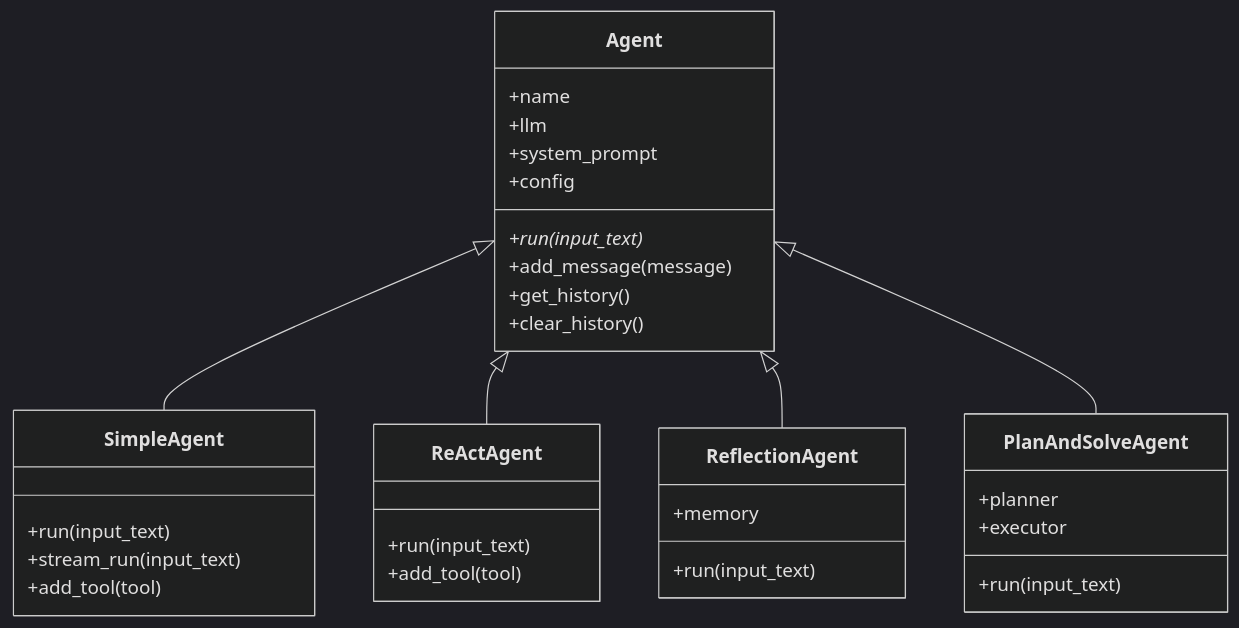
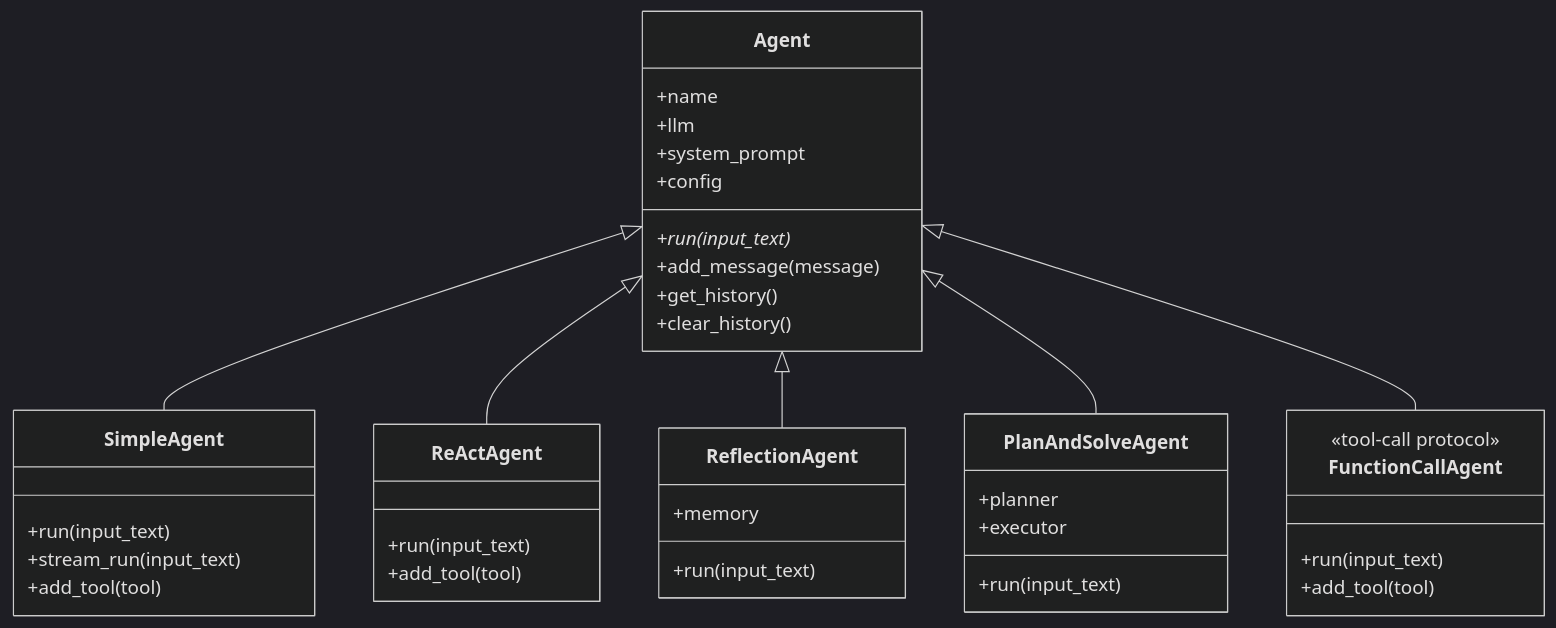
One commit to Garden12138/notes changed the fifth of 10 diagrams in ai/book_note/Hello-Agents/Build Your Agent Framework.md. Above: the diagram before and after it, drawn with Mermaid (dark theme). The commit also changed other lines of this file and 4 other files, not shown here.

Commit message:
Add FunctionCallAgent support and document tool calling

````diff
--- a/ai/book_note/Hello-Agents/Build Your Agent Framework.md
+++ b/ai/book_note/Hello-Agents/Build Your Agent Framework.md
@@ -493,36 +495,42 @@
 ```mermaid
 classDiagram
     class Agent {
         +name
         +llm
         +system_prompt
         +config
         +run(input_text)*
         +add_message(message)
         +get_history()
         +clear_history()
     }
     class SimpleAgent {
         +run(input_text)
         +stream_run(input_text)
         +add_tool(tool)
     }
     class ReActAgent {
         +run(input_text)
         +add_tool(tool)
     }
     class ReflectionAgent {
         +run(input_text)
         +memory
     }
     class PlanAndSolveAgent {
         +run(input_text)
         +planner
         +executor
     }
+    class FunctionCallAgent {
+        <<tool-call protocol>>
+        +run(input_text)
+        +add_tool(tool)
+    }
 
     Agent <|-- SimpleAgent
     Agent <|-- ReActAgent
     Agent <|-- ReflectionAgent
     Agent <|-- PlanAndSolveAgent
+    Agent <|-- FunctionCallAgent
 ```
````
